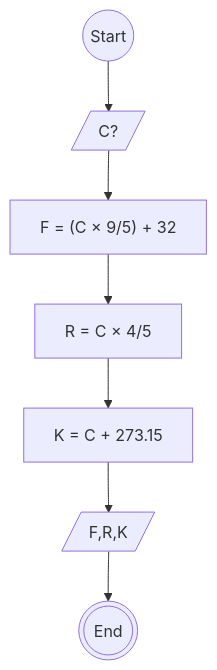
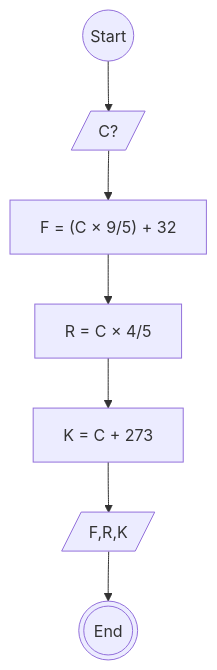
One commit to HN721/fgo24-algoritma changed the diagram in MiniTask-Suhu.md. Above: the diagram before and after it, drawn with Mermaid. The commit also changed other lines of this file, not shown here.

````diff
--- a/MiniTask-Suhu.md
+++ b/MiniTask-Suhu.md
@@ -22,22 +22,22 @@
 ```mermaid
 flowchart TD
   A@{ shape: circle, label: "Start" }
   B@{shape: lean-r, label: "C?"}
   C@{shape , label: "F = (C × 9/5) + 32"}
   D@{shape , label: "R = C × 4/5"}
-  E@{shape , label: "K = C + 273.15"}
+  E@{shape , label: "K = C + 273"}
   F@{shape: lean-r, label: "F,R,K"}
   H@{shape: dbl-circ, label: "End"}
 A --> B
 B --> C
 C --> D
 D --> E
 E --> F
 F --> H
 
 
 
 
 
 
 ```
````
